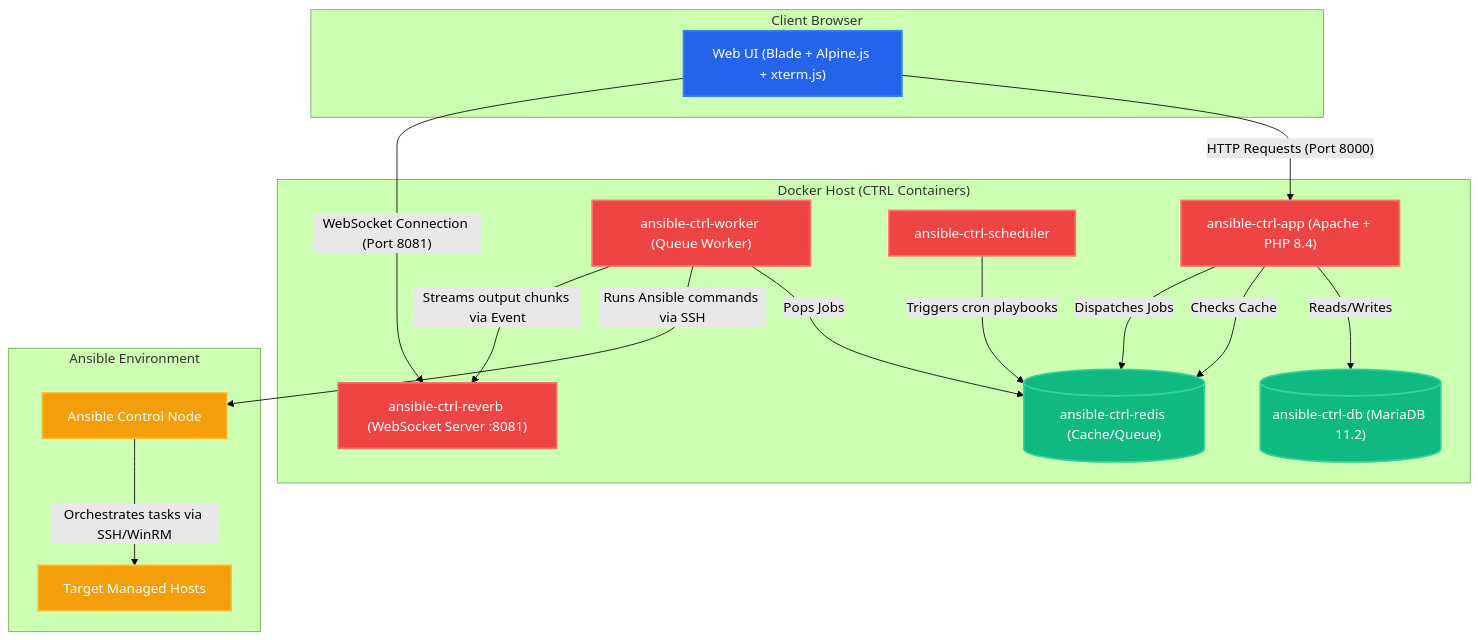
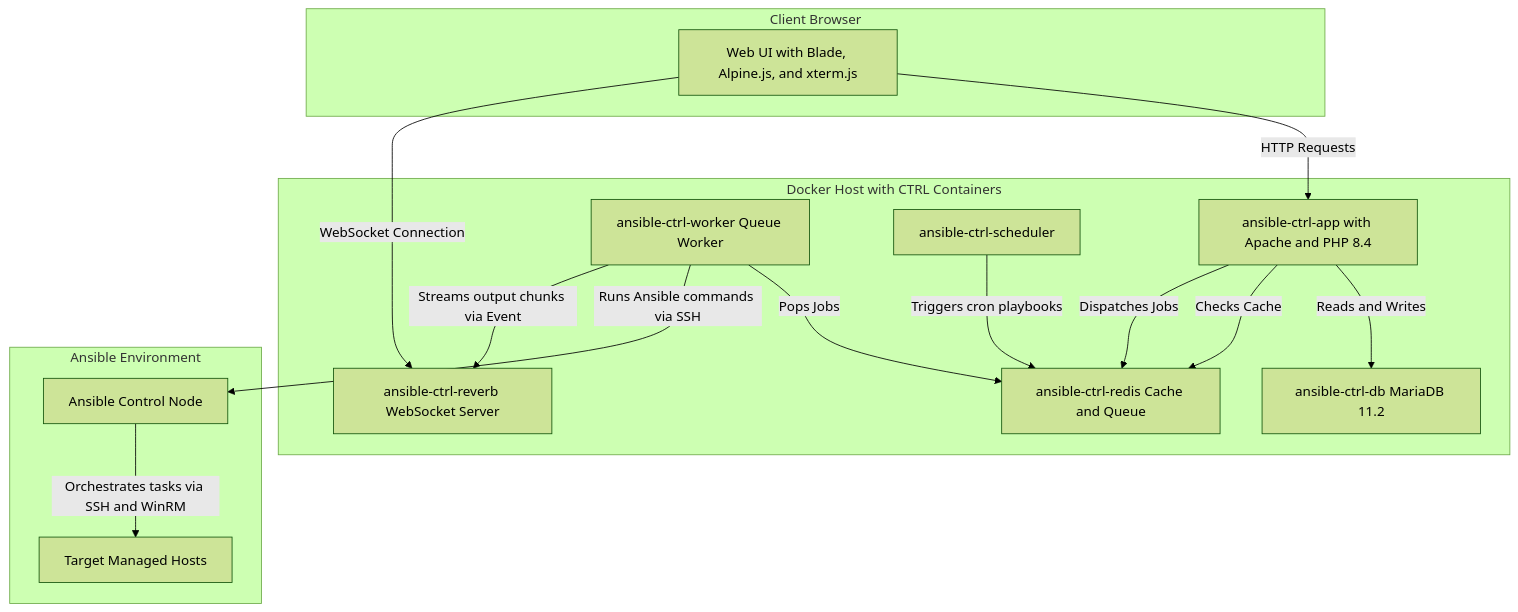
Before and after one commit to abesquirrel/ansible-dashboard: the first of 2 diagrams in USER_GUIDE.md, drawn with Mermaid (forest theme). The commit also changed other lines of this file, not shown here.

Commit message:
docs: simplify mermaid architecture diagram and update documentation descriptions in USER_GUIDE.md

````diff
--- a/USER_GUIDE.md
+++ b/USER_GUIDE.md
@@ -24,42 +24,37 @@
 ```mermaid
 graph TD
-    classDef browser fill:#2563eb,stroke:#3b82f6,stroke-width:2px,color:#fff
-    classDef laravel fill:#ef4444,stroke:#f87171,stroke-width:2px,color:#fff
-    classDef storage fill:#10b981,stroke:#34d399,stroke-width:2px,color:#fff
-    classDef controlNode fill:#f59e0b,stroke:#fbbf24,stroke-width:2px,color:#fff
-
     subgraph UserInterface["Client Browser"]
-        Client["Web UI (Blade + Alpine.js + xterm.js)"]:::browser
+        Client["Web UI with Blade, Alpine.js, and xterm.js"]
     end
 
-    subgraph AppServer["Docker Host (CTRL Containers)"]
-        Apache["ansible-ctrl-app (Apache + PHP 8.4)"]:::laravel
-        Worker["ansible-ctrl-worker (Queue Worker)"]:::laravel
-        Scheduler["ansible-ctrl-scheduler"]:::laravel
-        Reverb["ansible-ctrl-reverb (WebSocket Server :8081)"]:::laravel
+    subgraph AppServer["Docker Host with CTRL Containers"]
+        Apache["ansible-ctrl-app with Apache and PHP 8.4"]
+        Worker["ansible-ctrl-worker Queue Worker"]
+        Scheduler["ansible-ctrl-scheduler"]
+        Reverb["ansible-ctrl-reverb WebSocket Server"]
         
-        DB[("ansible-ctrl-db (MariaDB 11.2)")]:::storage
-        Redis[("ansible-ctrl-redis (Cache/Queue)")]:::storage
+        DB["ansible-ctrl-db MariaDB 11.2"]
+        Redis["ansible-ctrl-redis Cache and Queue"]
     end
 
     subgraph TargetInfra["Ansible Environment"]
-        ControlNode["Ansible Control Node"]:::controlNode
-        ManagedHosts["Target Managed Hosts"]:::controlNode
+        ControlNode["Ansible Control Node"]
+        ManagedHosts["Target Managed Hosts"]
     end
 
     %% Connections
-    Client -->|"HTTP Requests (Port 8000)"| Apache
-    Client -->|"WebSocket Connection (Port 8081)"| Reverb
+    Client -->|"HTTP Requests"| Apache
+    Client -->|"WebSocket Connection"| Reverb
 
-    Apache -->|"Reads/Writes"| DB
+    Apache -->|"Reads and Writes"| DB
     Apache -->|"Checks Cache"| Redis
     Apache -->|"Dispatches Jobs"| Redis
 
     Worker -->|"Pops Jobs"| Redis
     Worker -->|"Runs Ansible commands via SSH"| ControlNode
     Worker -->|"Streams output chunks via Event"| Reverb
     
     Scheduler -->|"Triggers cron playbooks"| Redis
 
-    ControlNode -->|"Orchestrates tasks via SSH/WinRM"| ManagedHosts
+    ControlNode -->|"Orchestrates tasks via SSH and WinRM"| ManagedHosts
 ```
````
